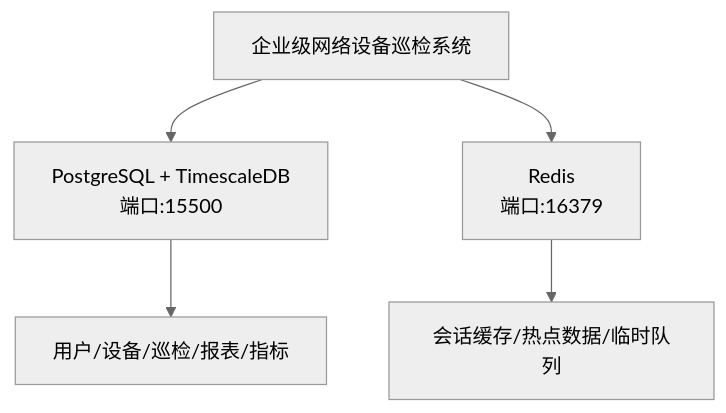
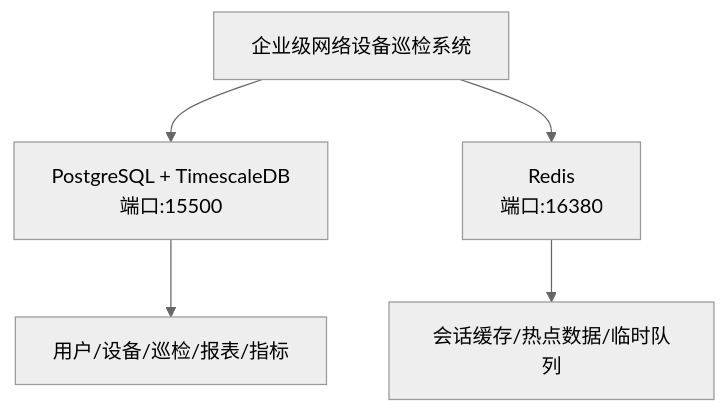
One commit to Izumi0527/inspect changed the diagram in docs/datebase/database-docker-deployment.md. Above: the diagram before and after it, drawn with Mermaid (neutral theme). The commit also changed other lines of this file and 30 other files, not shown here.

````diff
--- a/docs/datebase/database-docker-deployment.md
+++ b/docs/datebase/database-docker-deployment.md
@@ -11,8 +11,8 @@
 ```mermaid
 graph TB
     A[企业级网络设备巡检系统] --> B[PostgreSQL + TimescaleDB<br/>端口:15500]
-    A --> C[Redis<br/>端口:16379]
+    A --> C[Redis<br/>端口:16380]
 
     B --> D[用户/设备/巡检/报表/指标]
     C --> E[会话缓存/热点数据/临时队列]
 ```
````
